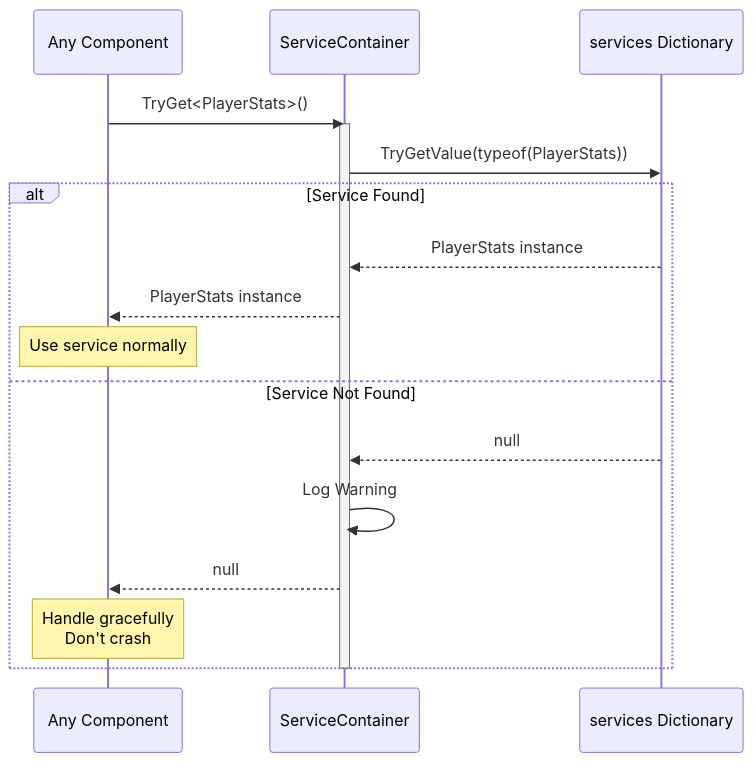
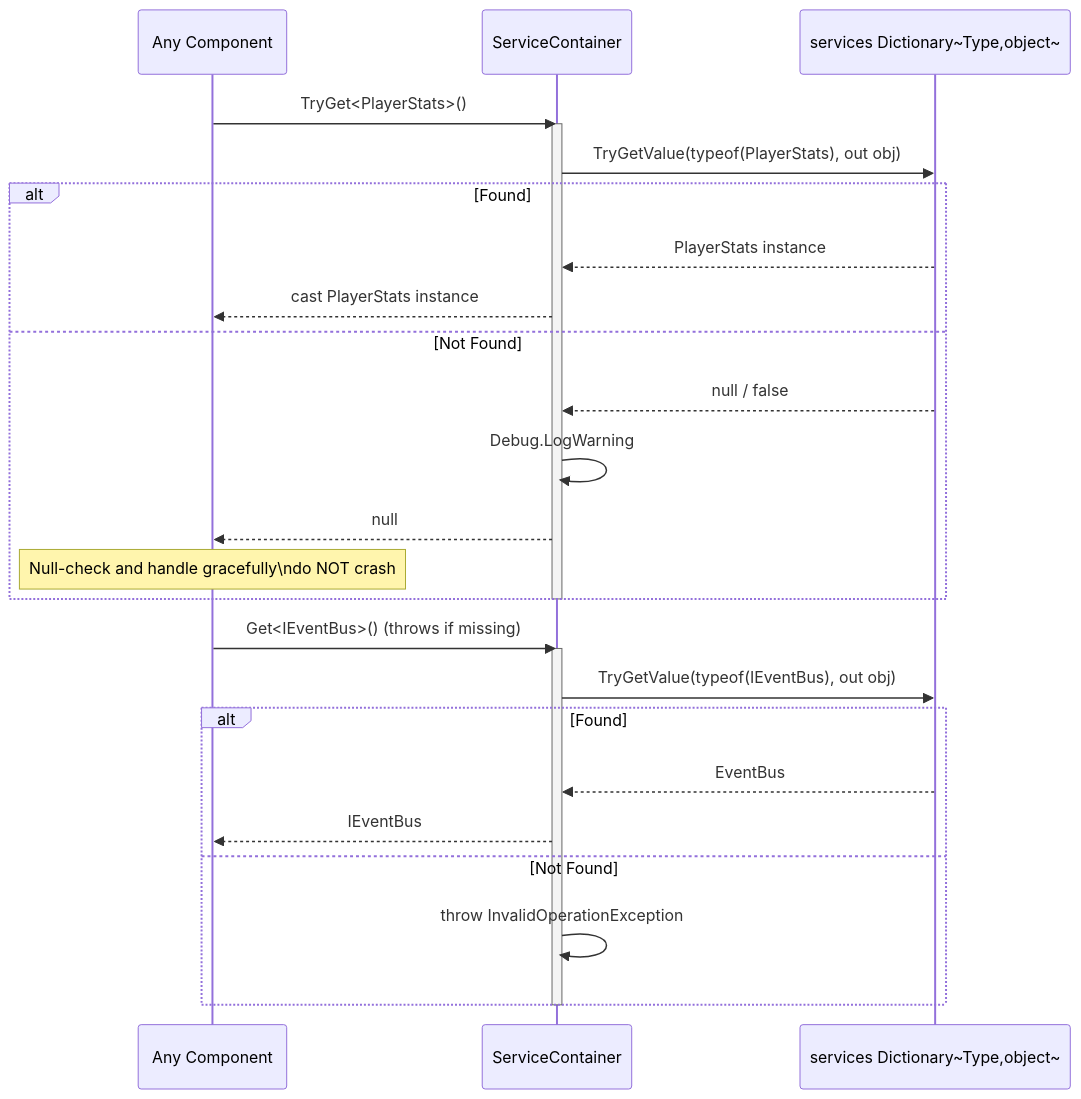
One commit to DontBeknown/so-PEAK changed diagram 18 of 20 in CODEBASE_MERMAID_DIAGRAMS.md. Above: the diagram before and after it, drawn with Mermaid. The commit also changed other lines of this file and 49 other files, not shown here.

````diff
--- a/CODEBASE_MERMAID_DIAGRAMS.md
+++ b/CODEBASE_MERMAID_DIAGRAMS.md
@@ -670,24 +917,32 @@
 ```mermaid
 sequenceDiagram
     participant Client as Any Component
     participant Container as ServiceContainer
-    participant Registry as services Dictionary
-    
+    participant Dict as services Dictionary~Type,object~
+
     Client->>Container: TryGet<PlayerStats>()
     activate Container
-    
-    Container->>Registry: TryGetValue(typeof(PlayerStats))
-    
-    alt Service Found
-        Registry-->>Container: PlayerStats instance
-        Container-->>Client: PlayerStats instance
-        Note over Client: Use service normally
-    else Service Not Found
-        Registry-->>Container: null
-        Container->>Container: Log Warning
+    Container->>Dict: TryGetValue(typeof(PlayerStats), out obj)
+
+    alt Found
+        Dict-->>Container: PlayerStats instance
+        Container-->>Client: cast PlayerStats instance
+    else Not Found
+        Dict-->>Container: null / false
+        Container->>Container: Debug.LogWarning
         Container-->>Client: null
-        Note over Client: Handle gracefully<br/>Don't crash
+        Note over Client: Null-check and handle gracefully\ndo NOT crash
     end
-    
+    deactivate Container
+
+    Client->>Container: Get<IEventBus>() (throws if missing)
+    activate Container
+    Container->>Dict: TryGetValue(typeof(IEventBus), out obj)
+    alt Found
+        Dict-->>Container: EventBus
+        Container-->>Client: IEventBus
+    else Not Found
+        Container->>Container: throw InvalidOperationException
+    end
     deactivate Container
 ```
````
